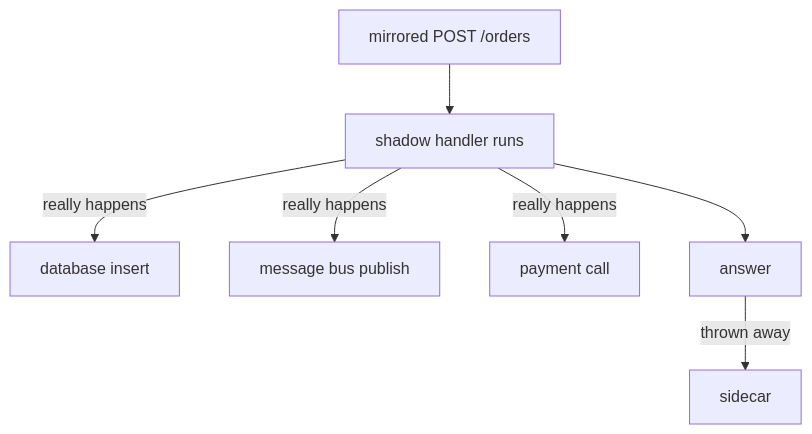
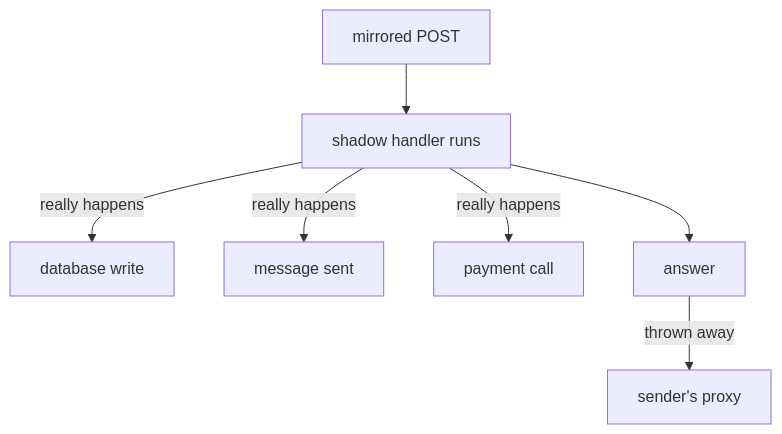
The diagram in sections/section-020/module-02/course-03-consequences-verification-and-limits.md (astrona-io/ATS014), drawn with Mermaid before and after one commit. The commit also changed other lines of this file and 813 other files, not shown here.

````diff
--- a/sections/section-020/module-02/course-03-consequences-verification-and-limits.md
+++ b/sections/section-020/module-02/course-03-consequences-verification-and-limits.md
@@ -13,9 +15,9 @@
 ```mermaid
 flowchart TB
-    M["mirrored POST /orders"] --> H["shadow handler runs"]
-    H -->|"really happens"| DB["database insert"]
-    H -->|"really happens"| Q["message bus publish"]
+    M["mirrored POST"] --> H["shadow handler runs"]
+    H -->|"really happens"| DB["database write"]
+    H -->|"really happens"| Q["message sent"]
     H -->|"really happens"| PAY["payment call"]
     H --> R["answer"]
-    R -->|"thrown away"| X["sidecar"]
+    R -->|"thrown away"| X["sender's proxy"]
 ```
````
